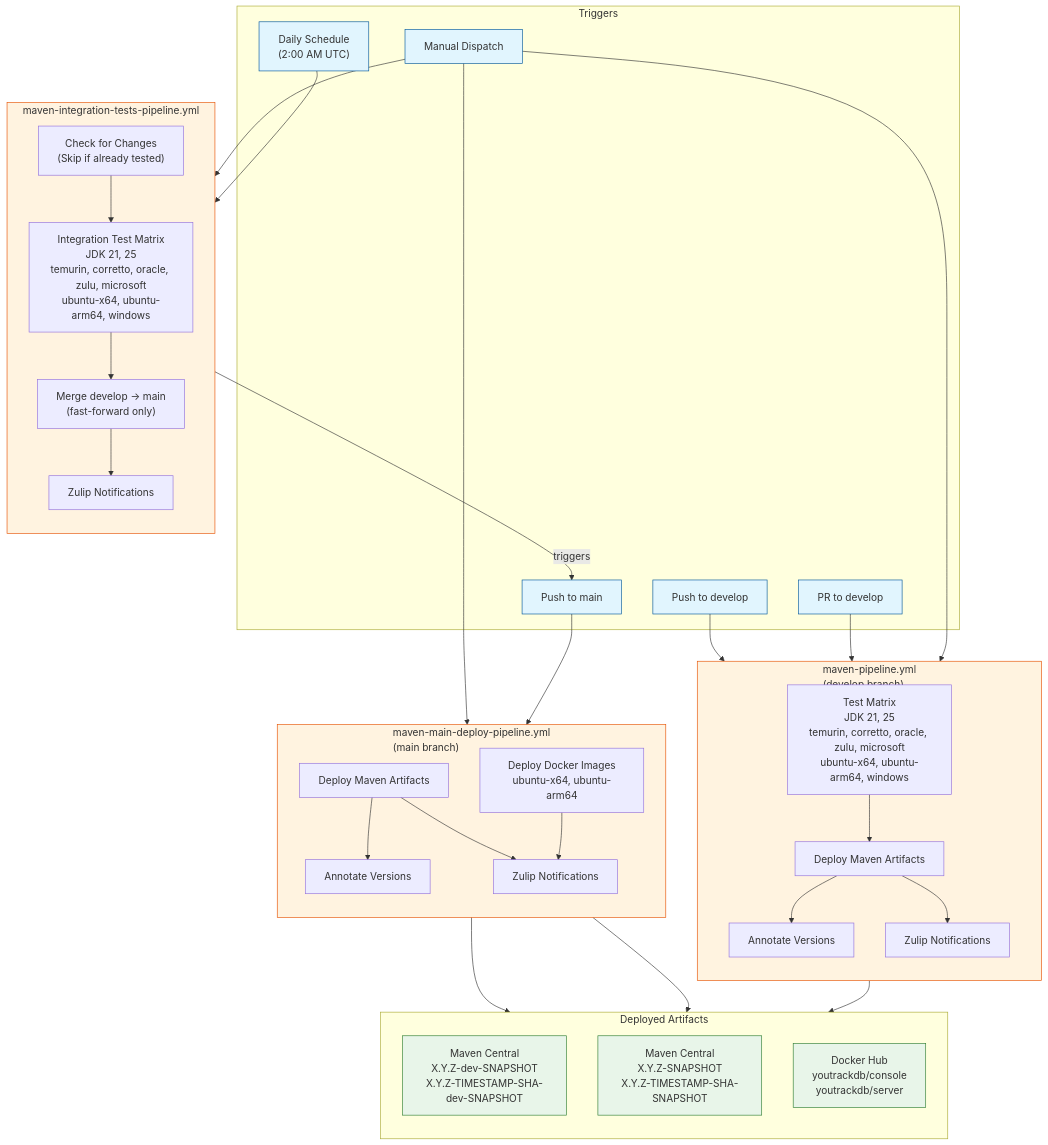
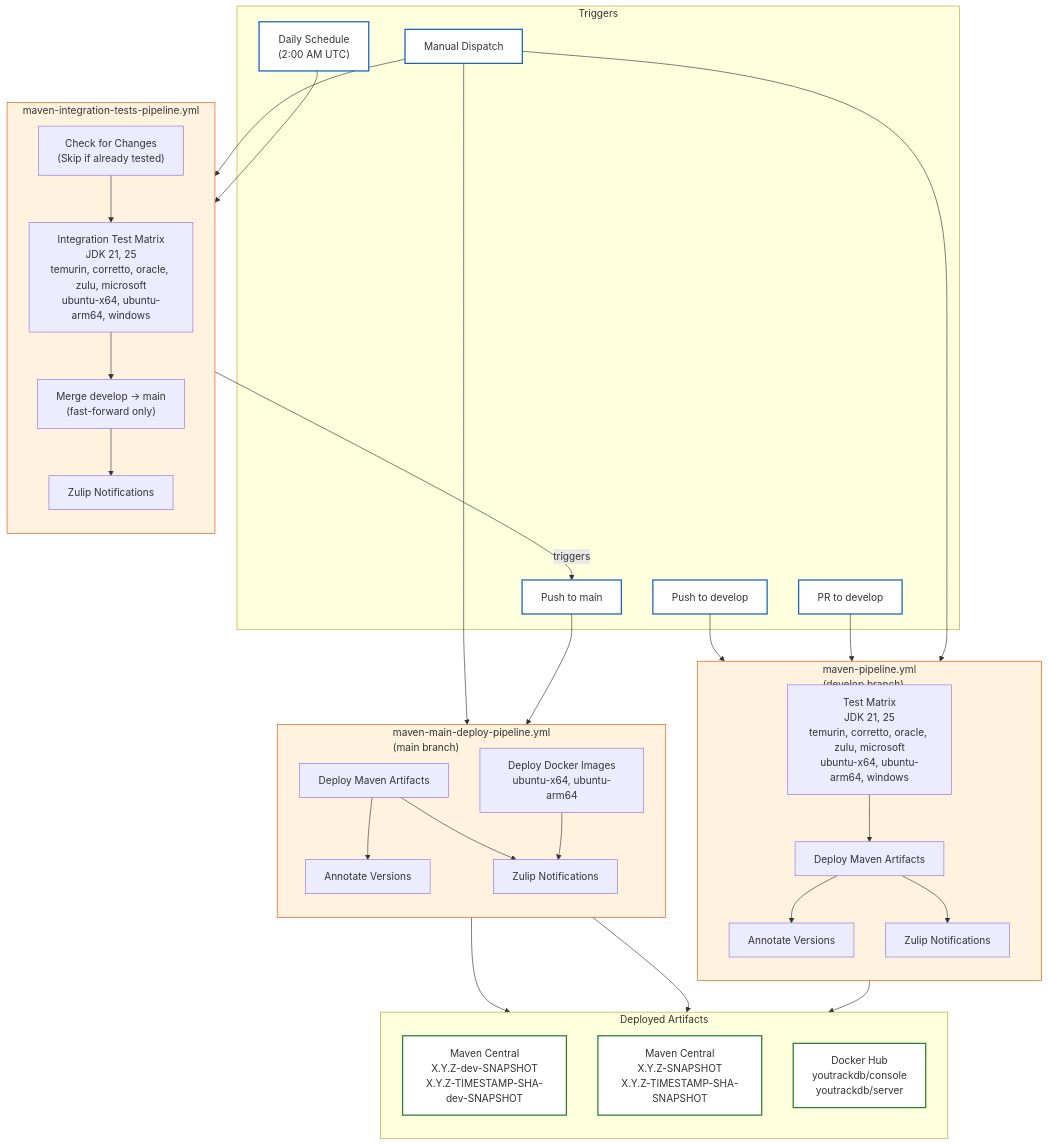
The diagram in .github/workflows/ci-cd-diagram.md (JetBrains/youtrackdb), drawn with Mermaid before and after one commit.

Commit message:
YTDB-278: Improve Mermaid diagram readability: use white backgrounds for triggers and artifacts

````diff
--- a/.github/workflows/ci-cd-diagram.md
+++ b/.github/workflows/ci-cd-diagram.md
@@ -3,80 +3,80 @@
 ```mermaid
 flowchart TB
     subgraph triggers["Triggers"]
         push_develop["Push to develop"]
         pr_develop["PR to develop"]
         schedule["Daily Schedule<br/>(2:00 AM UTC)"]
         push_main["Push to main"]
         manual["Manual Dispatch"]
     end
 
     subgraph maven_pipeline["maven-pipeline.yml<br/>(develop branch)"]
         direction TB
         mp_test["Test Matrix<br/>JDK 21, 25<br/>temurin, corretto, oracle, zulu, microsoft<br/>ubuntu-x64, ubuntu-arm64, windows"]
         mp_deploy["Deploy Maven Artifacts"]
         mp_annotate["Annotate Versions"]
         mp_notify["Zulip Notifications"]
         mp_test --> mp_deploy
         mp_deploy --> mp_annotate
         mp_deploy --> mp_notify
     end
 
     subgraph integration_pipeline["maven-integration-tests-pipeline.yml"]
         direction TB
         it_check["Check for Changes<br/>(Skip if already tested)"]
         it_test["Integration Test Matrix<br/>JDK 21, 25<br/>temurin, corretto, oracle, zulu, microsoft<br/>ubuntu-x64, ubuntu-arm64, windows"]
         it_merge["Merge develop → main<br/>(fast-forward only)"]
         it_notify["Zulip Notifications"]
         it_check --> it_test
         it_test --> it_merge
         it_merge --> it_notify
     end
 
     subgraph main_pipeline["maven-main-deploy-pipeline.yml<br/>(main branch)"]
         direction TB
         main_deploy["Deploy Maven Artifacts"]
         main_annotate["Annotate Versions"]
         main_docker["Deploy Docker Images<br/>ubuntu-x64, ubuntu-arm64"]
         main_notify["Zulip Notifications"]
         main_deploy --> main_annotate
         main_deploy --> main_notify
         main_docker --> main_notify
     end
 
     subgraph artifacts["Deployed Artifacts"]
         direction TB
         maven_dev["Maven Central<br/>X.Y.Z-dev-SNAPSHOT<br/>X.Y.Z-TIMESTAMP-SHA-dev-SNAPSHOT"]
         maven_release["Maven Central<br/>X.Y.Z-SNAPSHOT<br/>X.Y.Z-TIMESTAMP-SHA-SNAPSHOT"]
         docker["Docker Hub<br/>youtrackdb/console<br/>youtrackdb/server"]
     end
 
 %% Trigger connections
     push_develop --> maven_pipeline
     pr_develop --> maven_pipeline
     manual --> maven_pipeline
     manual --> integration_pipeline
     manual --> main_pipeline
     schedule --> integration_pipeline
     push_main --> main_pipeline
 %% Pipeline to artifacts
     mp_deploy --> maven_dev
     main_deploy --> maven_release
     main_docker --> docker
 %% Integration triggers main
     it_merge -->|" triggers "| push_main
 %% Styling
-  classDef trigger fill: #e1f5fe, stroke: #01579b
+  classDef trigger fill: #fff, stroke: #1565c0, stroke-width: 2px
   classDef pipeline fill: #fff3e0, stroke: #e65100
-  classDef artifact fill: #e8f5e9, stroke: #2e7d32
+  classDef artifact fill: #fff, stroke: #2e7d32, stroke-width: 2px
   class push_develop trigger
   class pr_develop trigger
   class schedule trigger
   class push_main trigger
   class manual trigger
   class maven_pipeline pipeline
   class integration_pipeline pipeline
   class main_pipeline pipeline
   class maven_dev artifact
   class maven_release artifact
   class docker artifact
 ```
````
